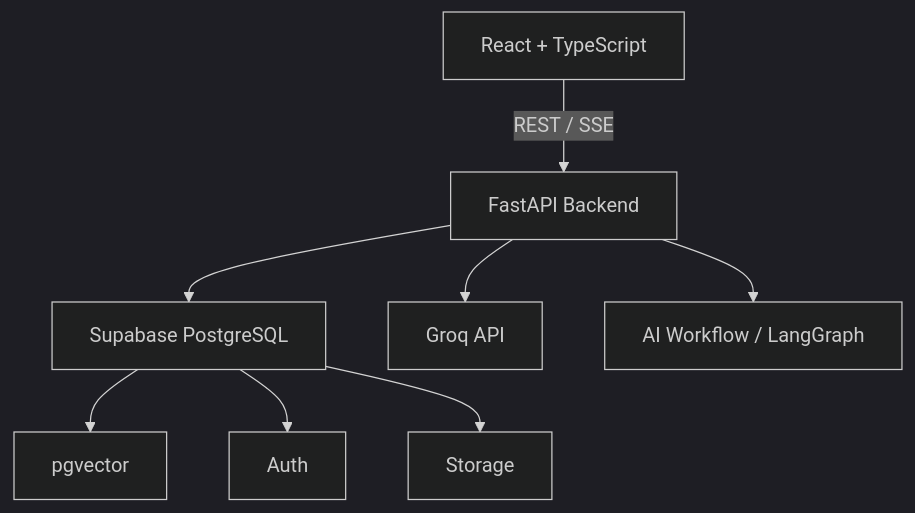
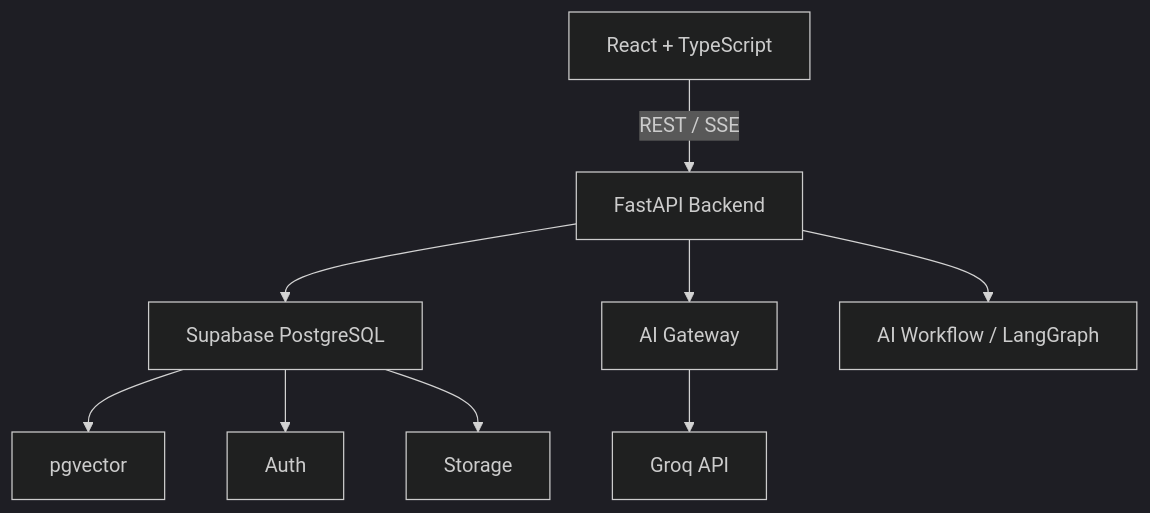
One commit to allam819/Placementor changed the first of 2 diagrams in docs/architecture.md. Above: the diagram before and after it, drawn with Mermaid (dark theme). The commit also changed other lines of this file and 58 other files, not shown here.

````diff
--- a/docs/architecture.md
+++ b/docs/architecture.md
@@ -5,10 +5,11 @@
 ```mermaid
 graph TD
     React[React + TypeScript] -->|REST / SSE| FastAPI[FastAPI Backend]
     FastAPI --> Supabase[Supabase PostgreSQL]
-    FastAPI --> Groq[Groq API]
+    FastAPI --> AI_Gateway[AI Gateway]
+    AI_Gateway --> Groq[Groq API]
     FastAPI --> LangGraph[AI Workflow / LangGraph]
     Supabase --> pgvector[pgvector]
     Supabase --> Auth[Auth]
     Supabase --> Storage[Storage]
 ```
````
